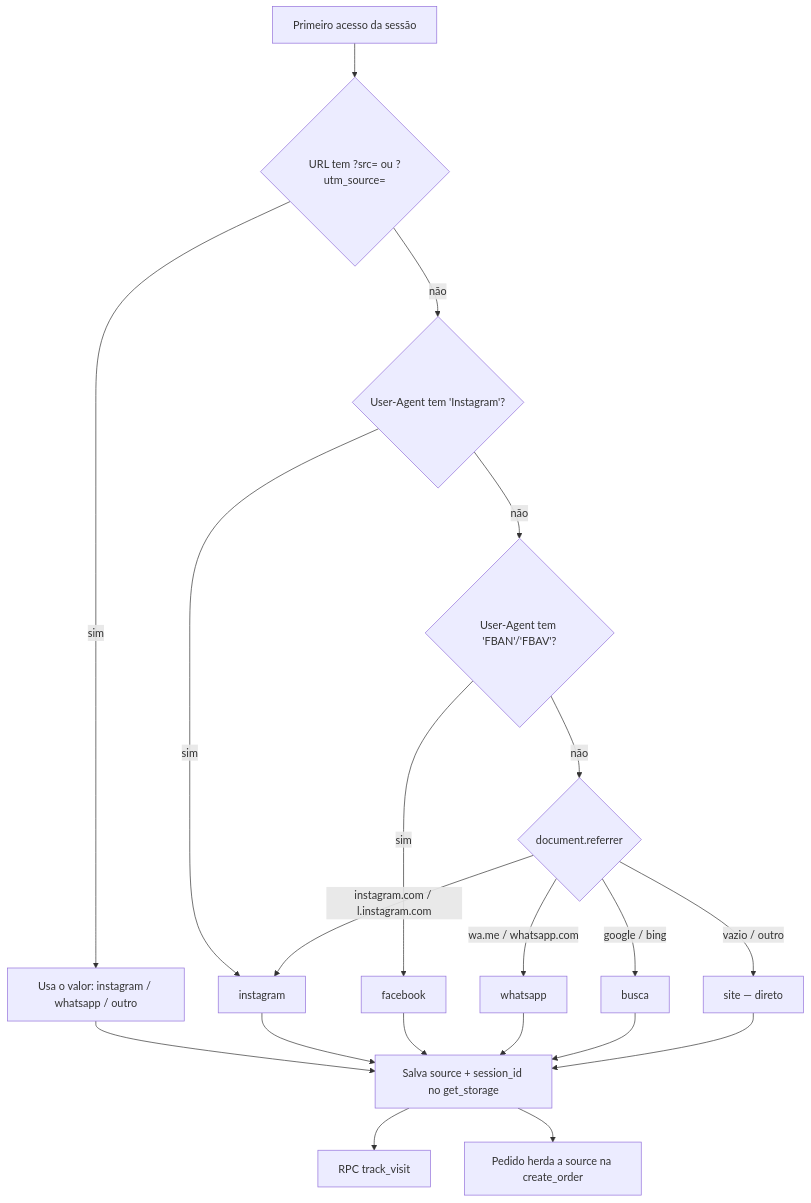
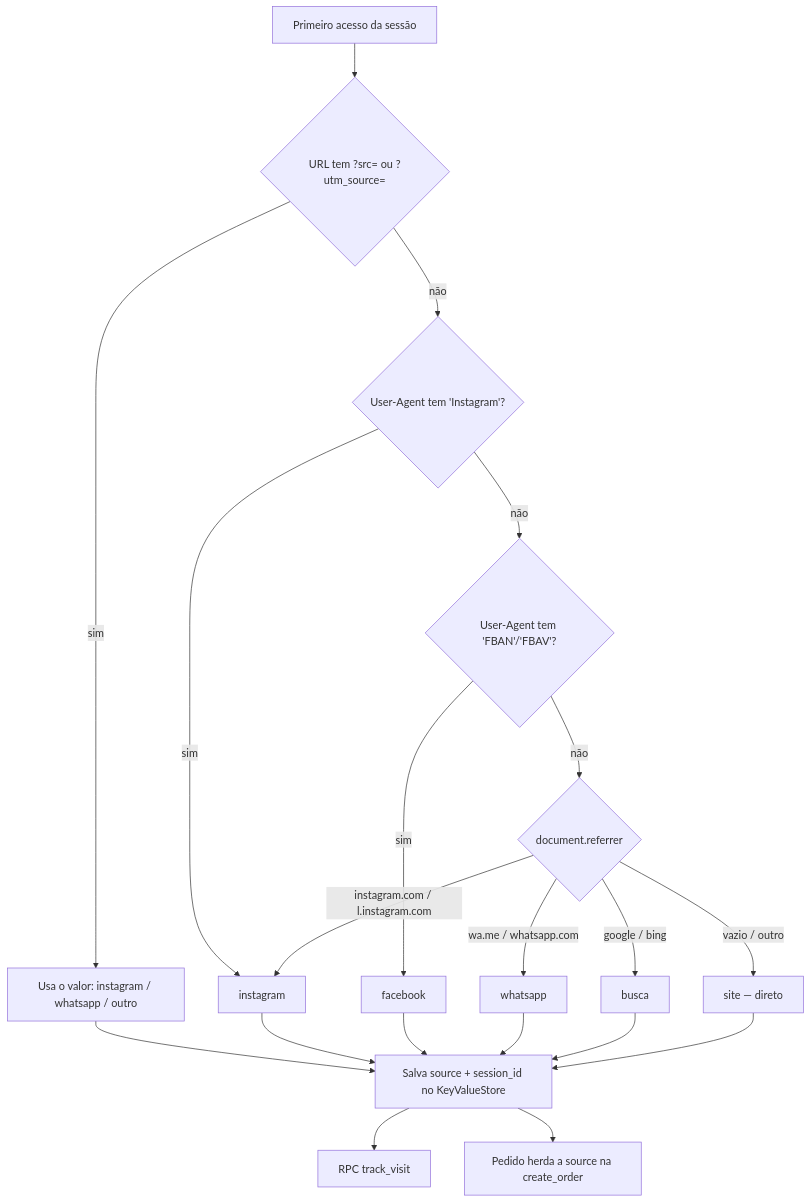
The diagram in docs/adr/0007-rastreamento-origem.md (PimentelDiogo/lojajoyjoy), drawn with Mermaid before and after one commit. The commit also changed 55 other files, not shown here.

````diff
--- a/docs/adr/0007-rastreamento-origem.md
+++ b/docs/adr/0007-rastreamento-origem.md
@@ -16,17 +16,17 @@
 ```mermaid
 flowchart TD
     A[Primeiro acesso da sessão] --> B{URL tem ?src= ou ?utm_source=}
     B -- sim --> S1[Usa o valor: instagram / whatsapp / outro]
     B -- não --> C{User-Agent tem 'Instagram'?}
     C -- sim --> S2[instagram]
     C -- não --> D{User-Agent tem 'FBAN'/'FBAV'?}
     D -- sim --> S3[facebook]
     D -- não --> E{document.referrer}
     E -- "instagram.com / l.instagram.com" --> S2
     E -- "wa.me / whatsapp.com" --> S4[whatsapp]
     E -- "google / bing" --> S5[busca]
     E -- vazio / outro --> S6[site — direto]
-    S1 & S2 & S3 & S4 & S5 & S6 --> G[Salva source + session_id no get_storage]
+    S1 & S2 & S3 & S4 & S5 & S6 --> G[Salva source + session_id no KeyValueStore]
     G --> H[RPC track_visit]
     G --> I[Pedido herda a source na create_order]
 ```
````
